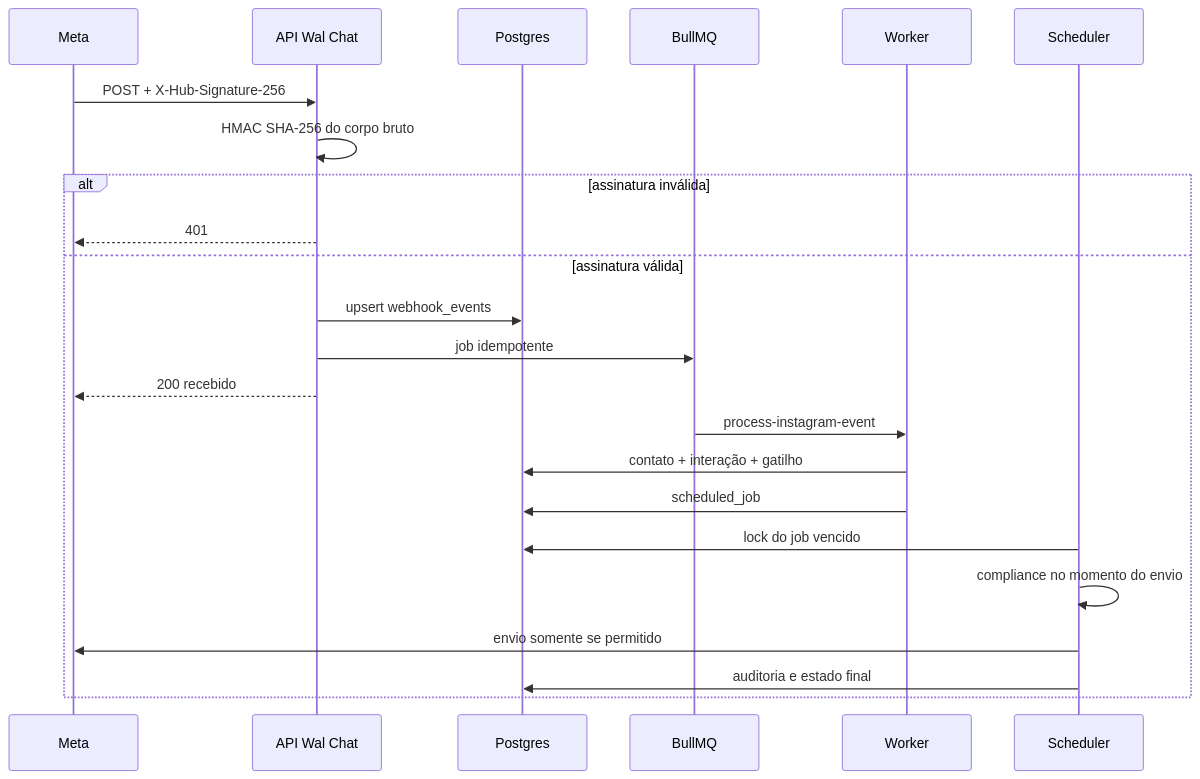
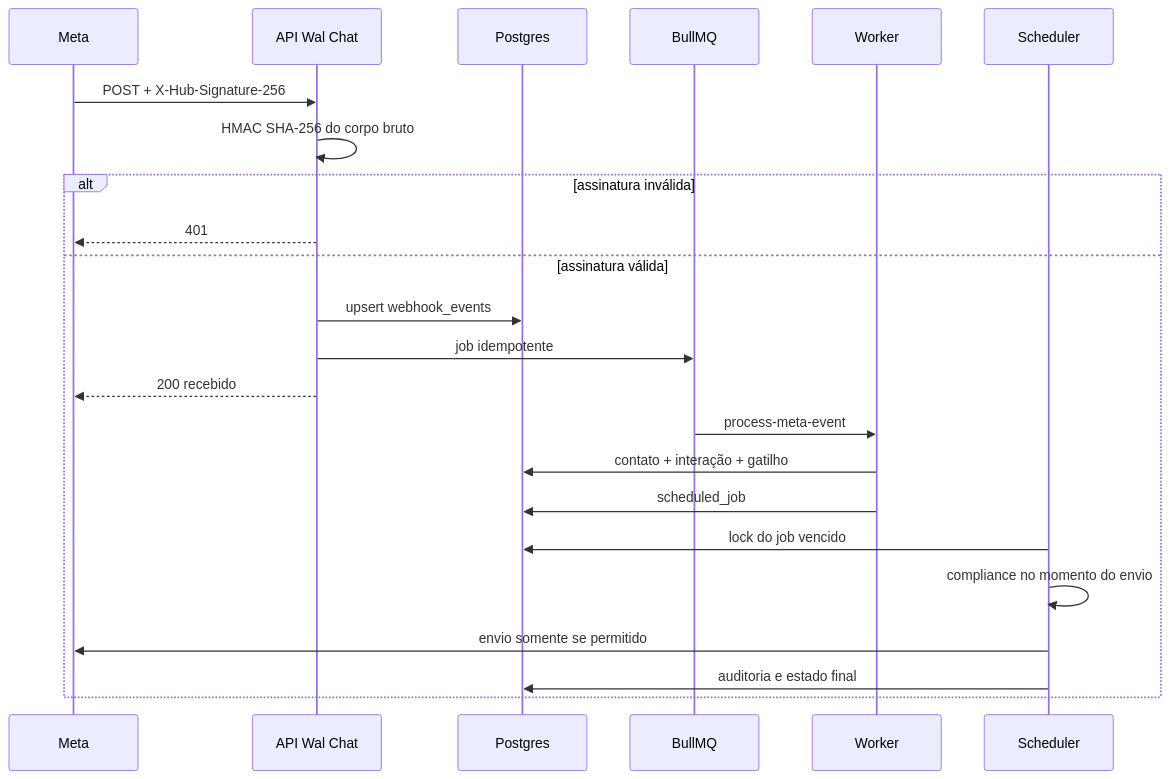
One commit to ShunWalChin/WalChat changed the second of 2 diagrams in docs/ARQUITETURA.md. Above: the diagram before and after it, drawn with Mermaid. The commit also changed other lines of this file and 56 other files, not shown here.

Commit message:
Add production-ready Meta Instagram and WhatsApp integration

````diff
--- a/docs/ARQUITETURA.md
+++ b/docs/ARQUITETURA.md
@@ -78,26 +79,26 @@
 ```mermaid
 sequenceDiagram
     participant M as Meta
     participant A as API Wal Chat
     participant D as Postgres
     participant Q as BullMQ
     participant W as Worker
     participant S as Scheduler
 
     M->>A: POST + X-Hub-Signature-256
     A->>A: HMAC SHA-256 do corpo bruto
     alt assinatura inválida
       A-->>M: 401
     else assinatura válida
       A->>D: upsert webhook_events
       A->>Q: job idempotente
       A-->>M: 200 recebido
-      Q->>W: process-instagram-event
+      Q->>W: process-meta-event
       W->>D: contato + interação + gatilho
       W->>D: scheduled_job
       S->>D: lock do job vencido
       S->>S: compliance no momento do envio
       S->>M: envio somente se permitido
       S->>D: auditoria e estado final
     end
 ```
````
